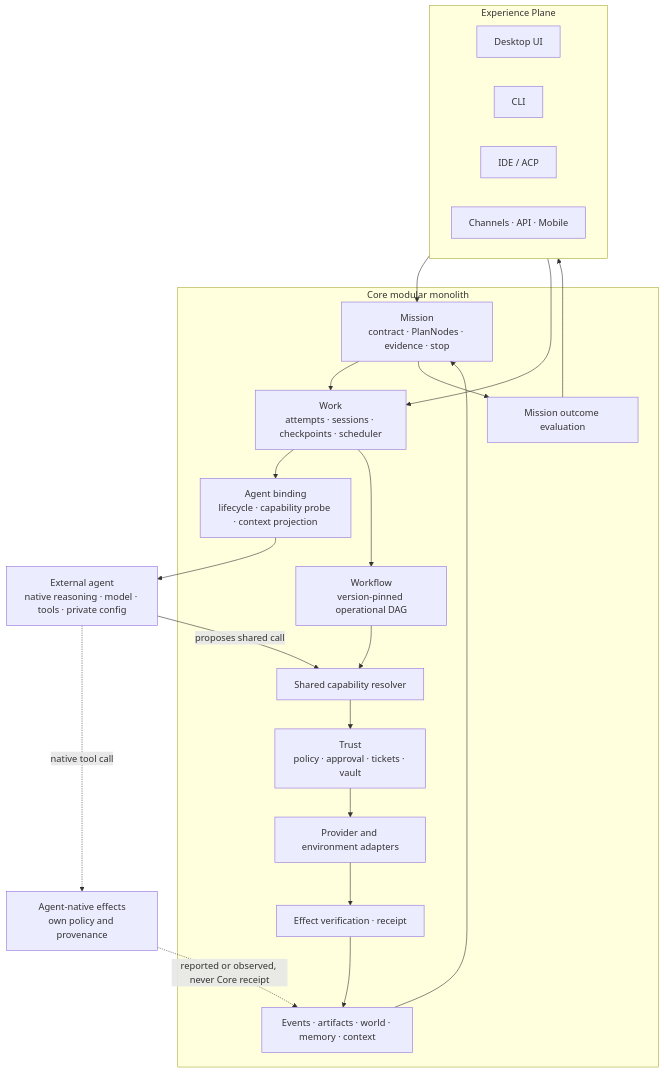
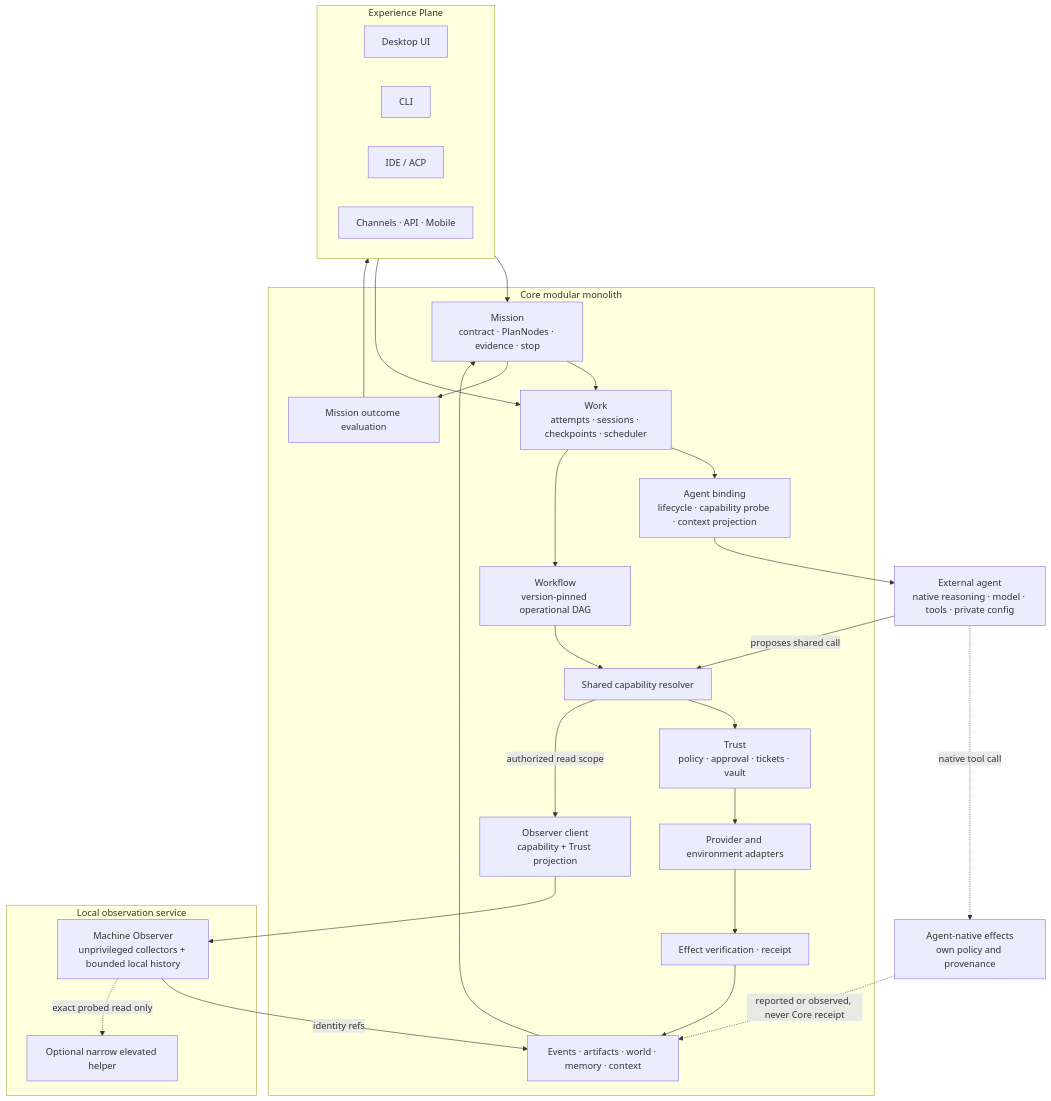
One commit to sarv-projects/agentcowork changed the first of 2 diagrams in ARCH/03-HLD.md. Above: the diagram before and after it, drawn with Mermaid. The commit also changed other lines of this file and 27 other files, not shown here.

````diff
--- a/ARCH/03-HLD.md
+++ b/ARCH/03-HLD.md
@@ -13,42 +13,51 @@
 ```mermaid
 flowchart TB
   subgraph XP["Experience Plane"]
     UID["Desktop UI"]
     CLI["CLI"]
     IDE["IDE / ACP"]
     CH["Channels · API · Mobile"]
   end
 
   subgraph CORE["Core modular monolith"]
     M["Mission<br/>contract · PlanNodes · evidence · stop"]
     W["Work<br/>attempts · sessions · checkpoints · scheduler"]
     B["Agent binding<br/>lifecycle · capability probe · context projection"]
     WF["Workflow<br/>version-pinned operational DAG"]
     C["Shared capability resolver"]
     T["Trust<br/>policy · approval · tickets · vault"]
     P["Provider and environment adapters"]
     V["Effect verification · receipt"]
     E["Events · artifacts · world · memory · context"]
     O["Mission outcome evaluation"]
+    OB["Observer client<br/>capability + Trust projection"]
+  end
+  subgraph LOCAL["Local observation service"]
+    OBS["Machine Observer<br/>unprivileged collectors + bounded local history"]
+    EH["Optional narrow elevated helper"]
   end
   A["External agent<br/>native reasoning · model · tools · private config"]
   N["Agent-native effects<br/>own policy and provenance"]
 
   XP --> M
   XP --> W
   M --> W
   W --> B
   W --> WF
   B --> A
   A -->|proposes shared call| C
   A -.->|native tool call| N
   WF --> C
   C --> T
   T --> P
   P --> V
   V --> E
   E --> M
   M --> O
   O --> XP
+  C -->|authorized read scope| OB
+  OB --> OBS
+  OBS -->|identity refs| E
+  OBS -. exact probed read only .-> EH
   N -.->|reported or observed, never Core receipt| E
 ```
````
